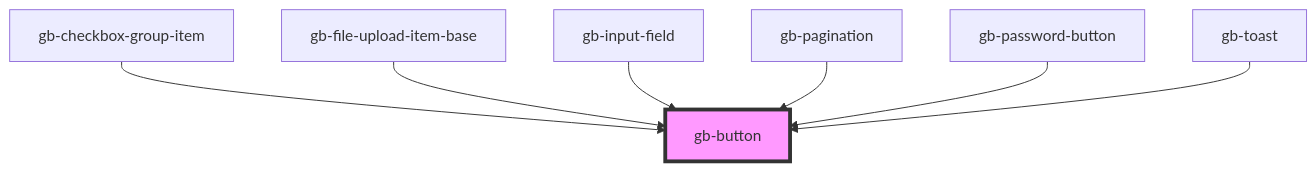
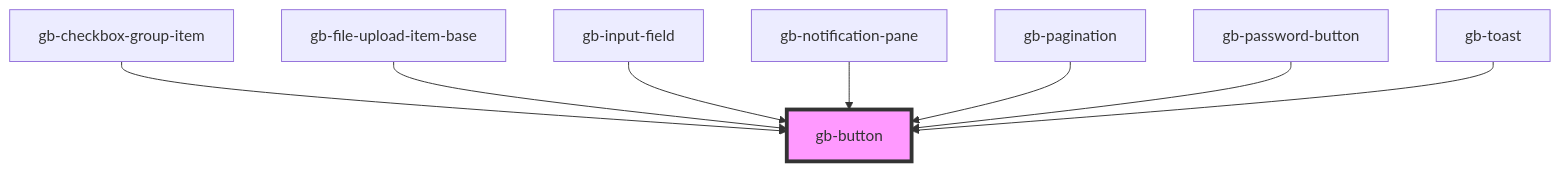
Before and after one commit to Emmanuel1858/globusComponent: the diagram in src/components/gb-button/readme.md, drawn with Mermaid. The commit also changed other lines of this file and 45 other files, not shown here.

````diff
--- a/src/components/gb-button/readme.md
+++ b/src/components/gb-button/readme.md
@@ -35,10 +36,11 @@
 ```mermaid
 graph TD;
   gb-checkbox-group-item --> gb-button
   gb-file-upload-item-base --> gb-button
   gb-input-field --> gb-button
+  gb-notification-pane --> gb-button
   gb-pagination --> gb-button
   gb-password-button --> gb-button
   gb-toast --> gb-button
   style gb-button fill:#f9f,stroke:#333,stroke-width:4px
 ```
````
